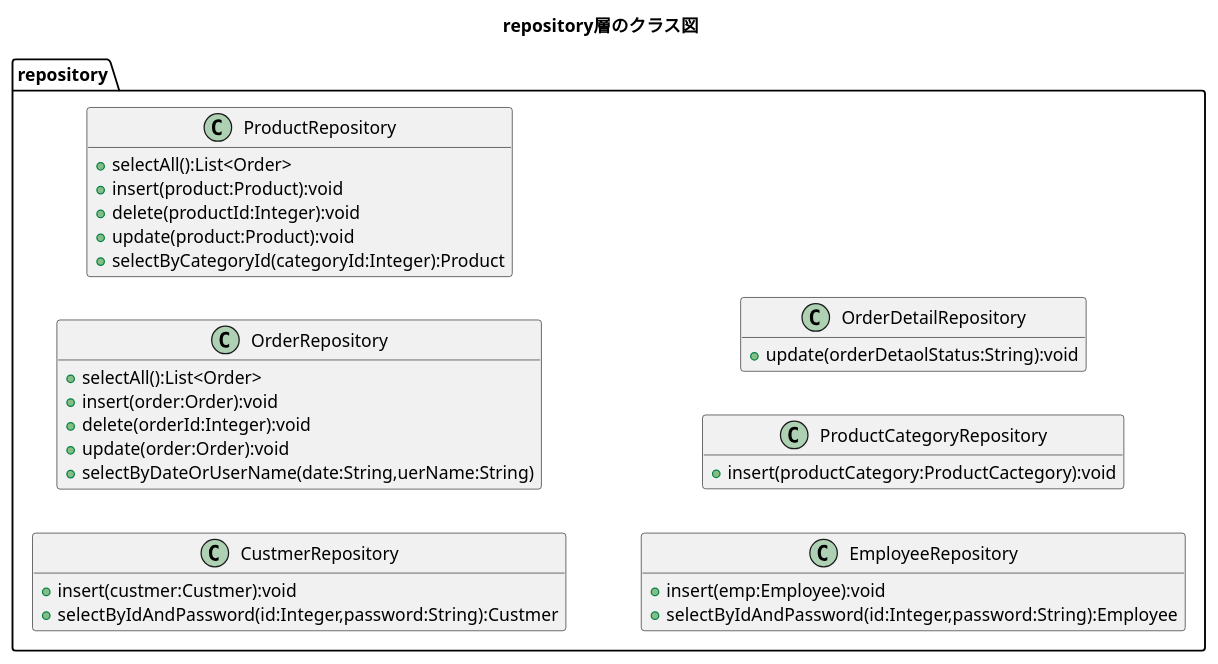
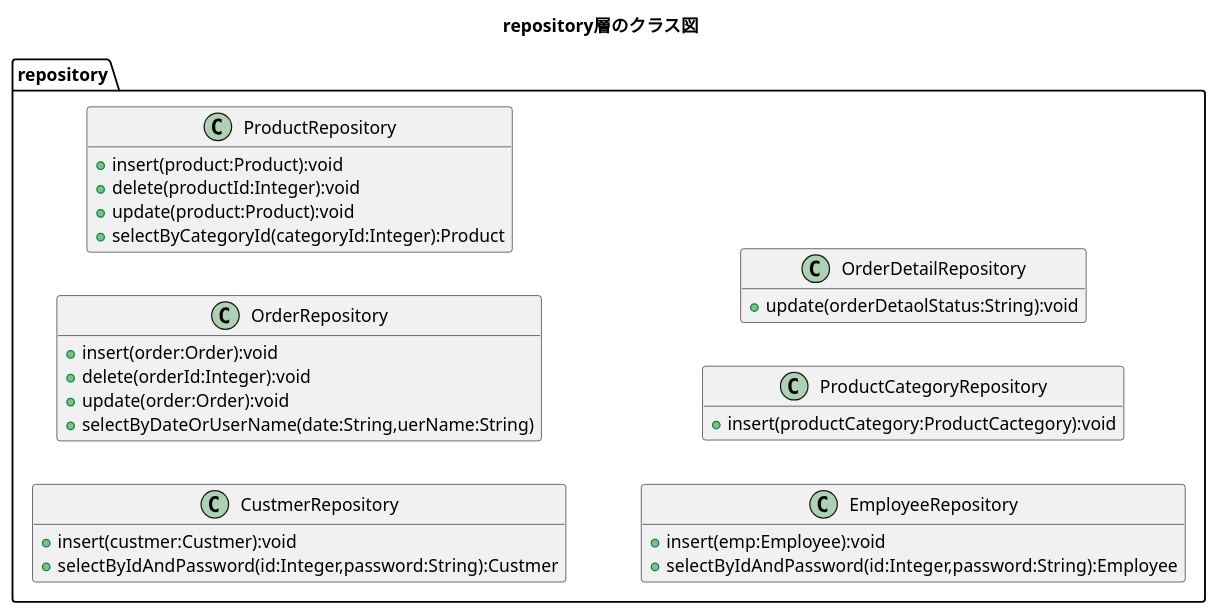
One commit to kanavii3333/ec-b changed the diagram in plan/uml/class/repository.plantuml. Above: the diagram before and after it, drawn with PlantUML. The commit also changed 2 other files, not shown here.

Commit message:
クラス図　メソッド名修正

```diff
--- a/plan/uml/class/repository.plantuml
+++ b/plan/uml/class/repository.plantuml
@@ -1,41 +1,39 @@
 @startuml
 title repository層のクラス図
 hide empty members
 left to right direction
 
 package repository{
     class CustmerRepository{
         +insert(custmer:Custmer):void
         +selectByIdAndPassword(id:Integer,password:String):Custmer
     }
 
     class OrderRepository{
-        +selectAll():List<Order>
         +insert(order:Order):void
         +delete(orderId:Integer):void
         +update(order:Order):void
         +selectByDateOrUserName(date:String,uerName:String)
     }
 
     class ProductRepository{
-        +selectAll():List<Order>
         +insert(product:Product):void
         +delete(productId:Integer):void
         +update(product:Product):void
         +selectByCategoryId(categoryId:Integer):Product
     }
 
     class EmployeeRepository{
         +insert(emp:Employee):void
         +selectByIdAndPassword(id:Integer,password:String):Employee
     }
 
     class ProductCategoryRepository{
         +insert(productCategory:ProductCactegory):void
     }
 
     class OrderDetailRepository{
         +update(orderDetaolStatus:String):void
     }
 }
 @enduml
```
